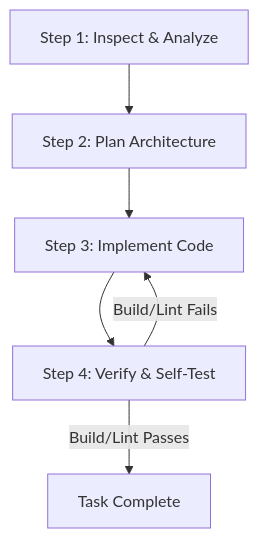
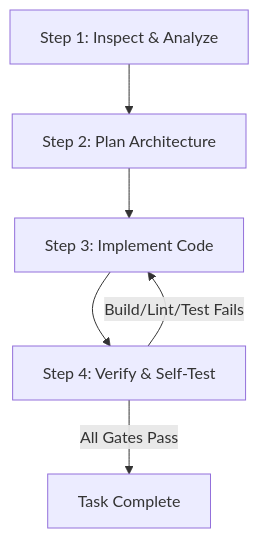
The diagram in CLAUDE.md (karthikeyan11-dev/Health-AI), drawn with Mermaid before and after one commit. The commit also changed other lines of this file and 51 other files, not shown here.

````diff
--- a/CLAUDE.md
+++ b/CLAUDE.md
@@ -181,8 +238,8 @@
 ```mermaid
 flowchart TD
     A[Step 1: Inspect & Analyze] --> B[Step 2: Plan Architecture]
     B --> C[Step 3: Implement Code]
     C --> D[Step 4: Verify & Self-Test]
-    D -->|Build/Lint Fails| C
-    D -->|Build/Lint Passes| E[Task Complete]
+    D -->|Build/Lint/Test Fails| C
+    D -->|All Gates Pass| E[Task Complete]
 ```
````
